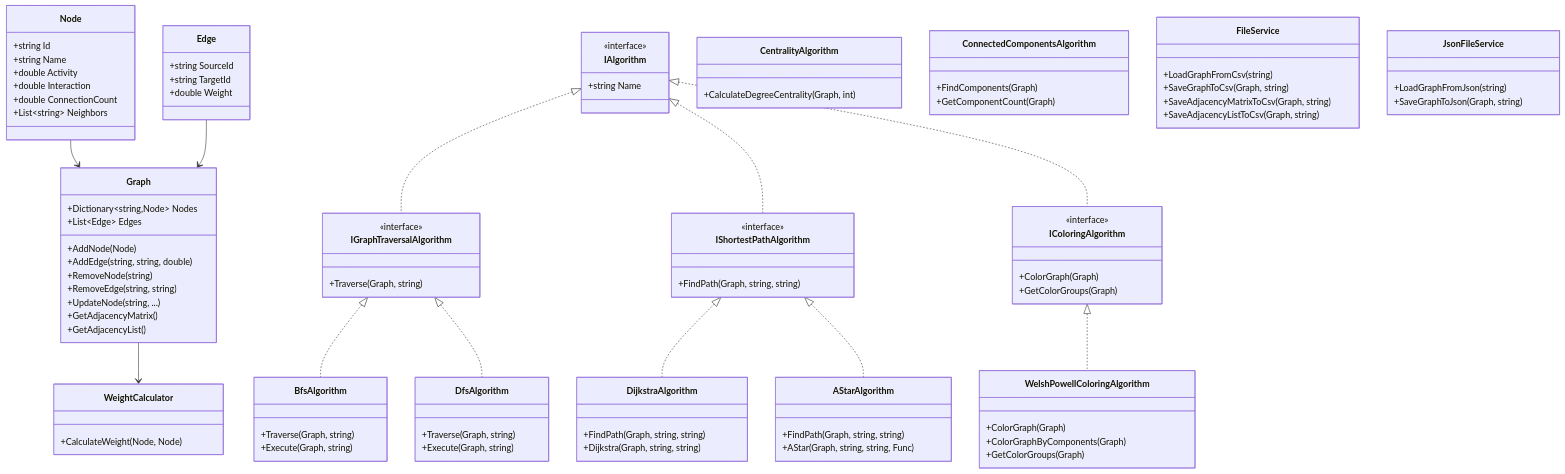
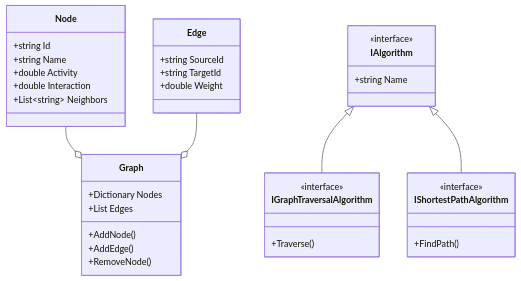
One commit to EmirKaraman24/LabProje-II changed the fourth of 4 diagrams in README.md. Above: the diagram before and after it, drawn with Mermaid. The commit also changed other lines of this file and 6 other files, not shown here.

````diff
--- a/README.md
+++ b/README.md
@@ -181,11 +277,12 @@
 ```mermaid
 classDiagram
+    direction TB
+    
     class Node {
         +string Id
         +string Name
         +double Activity
         +double Interaction
-        +double ConnectionCount
         +List~string~ Neighbors
     }
     
@@ -196,15 +293,11 @@
     }
     
     class Graph {
-        +Dictionary~string,Node~ Nodes
-        +List~Edge~ Edges
-        +AddNode(Node)
-        +AddEdge(string, string, double)
-        +RemoveNode(string)
-        +RemoveEdge(string, string)
-        +UpdateNode(string, ...)
-        +GetAdjacencyMatrix()
-        +GetAdjacencyList()
+        +Dictionary Nodes
+        +List Edges
+        +AddNode()
+        +AddEdge()
+        +RemoveNode()
     }
     
     class IAlgorithm {
@@ -214,80 +307,16 @@
     
     class IGraphTraversalAlgorithm {
         <<interface>>
-        +Traverse(Graph, string)
+        +Traverse()
     }
     
     class IShortestPathAlgorithm {
         <<interface>>
-        +FindPath(Graph, string, string)
+        +FindPath()
     }
     
-    class IColoringAlgorithm {
-        <<interface>>
-        +ColorGraph(Graph)
-        +GetColorGroups(Graph)
-    }
-    
-    class BfsAlgorithm {
-        +Traverse(Graph, string)
-        +Execute(Graph, string)
-    }
-    
-    class DfsAlgorithm {
-        +Traverse(Graph, string)
-        +Execute(Graph, string)
-    }
-    
-    class DijkstraAlgorithm {
-        +FindPath(Graph, string, string)
-        +Dijkstra(Graph, string, string)
-    }
-    
-    class AStarAlgorithm {
-        +FindPath(Graph, string, string)
-        +AStar(Graph, string, string, Func)
-    }
-    
-    class CentralityAlgorithm {
-        +CalculateDegreeCentrality(Graph, int)
-    }
-    
-    class ConnectedComponentsAlgorithm {
-        +FindComponents(Graph)
-        +GetComponentCount(Graph)
-    }
-    
-    class WelshPowellColoringAlgorithm {
-        +ColorGraph(Graph)
-        +ColorGraphByComponents(Graph)
-        +GetColorGroups(Graph)
-    }
-    
-    class WeightCalculator {
-        +CalculateWeight(Node, Node)
-    }
-    
-    class FileService {
-        +LoadGraphFromCsv(string)
-        +SaveGraphToCsv(Graph, string)
-        +SaveAdjacencyMatrixToCsv(Graph, string)
-        +SaveAdjacencyListToCsv(Graph, string)
-    }
-    
-    class JsonFileService {
-        +LoadGraphFromJson(string)
-        +SaveGraphToJson(Graph, string)
-    }
-    
-    Node --> Graph
-    Edge --> Graph
-    IAlgorithm <|.. IGraphTraversalAlgorithm
-    IAlgorithm <|.. IShortestPathAlgorithm
-    IAlgorithm <|.. IColoringAlgorithm
-    IGraphTraversalAlgorithm <|.. BfsAlgorithm
-    IGraphTraversalAlgorithm <|.. DfsAlgorithm
-    IShortestPathAlgorithm <|.. DijkstraAlgorithm
-    IShortestPathAlgorithm <|.. AStarAlgorithm
-    IColoringAlgorithm <|.. WelshPowellColoringAlgorithm
-    Graph --> WeightCalculator
+    Node --o Graph
+    Edge --o Graph
+    IAlgorithm <|-- IGraphTraversalAlgorithm
+    IAlgorithm <|-- IShortestPathAlgorithm
 ```
````
